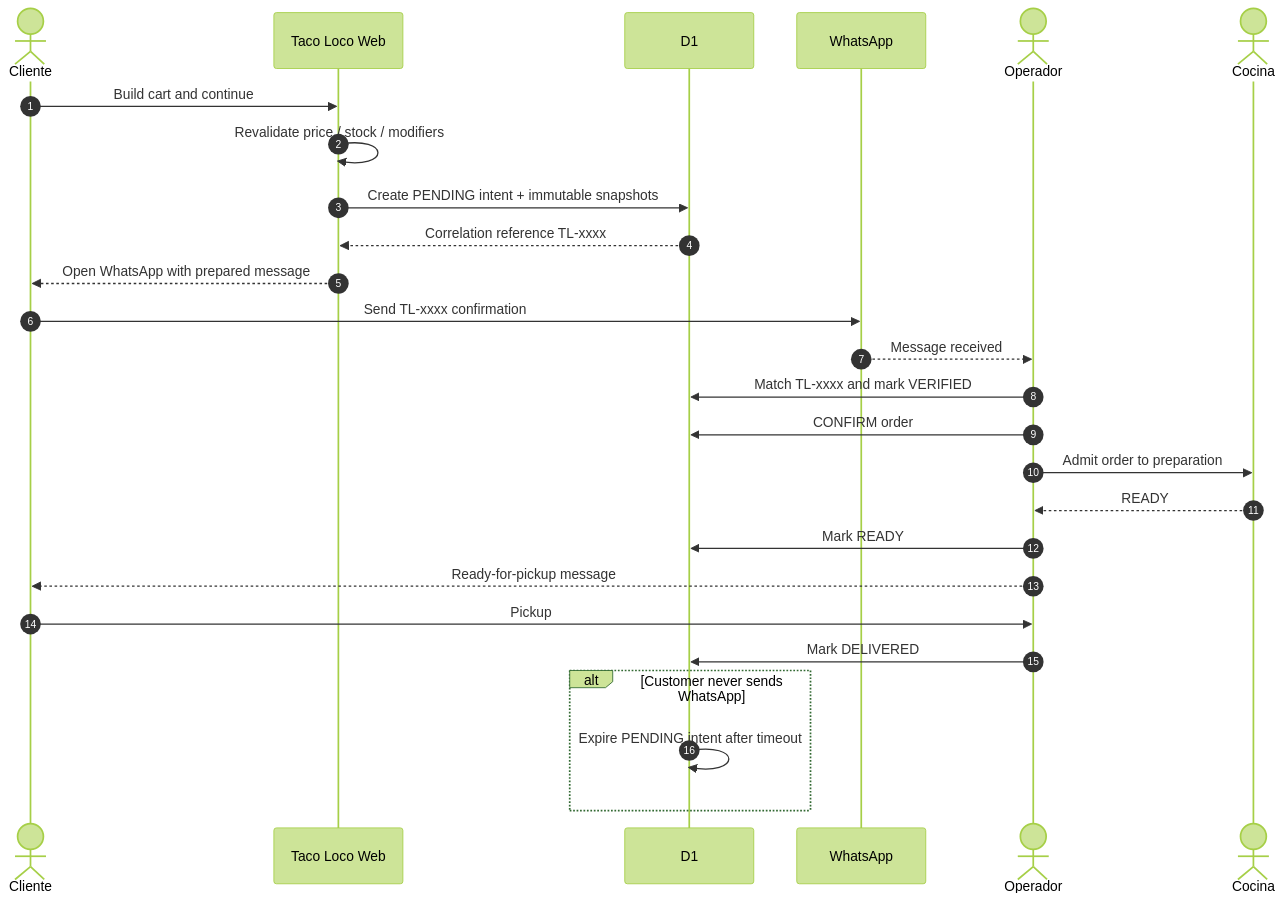
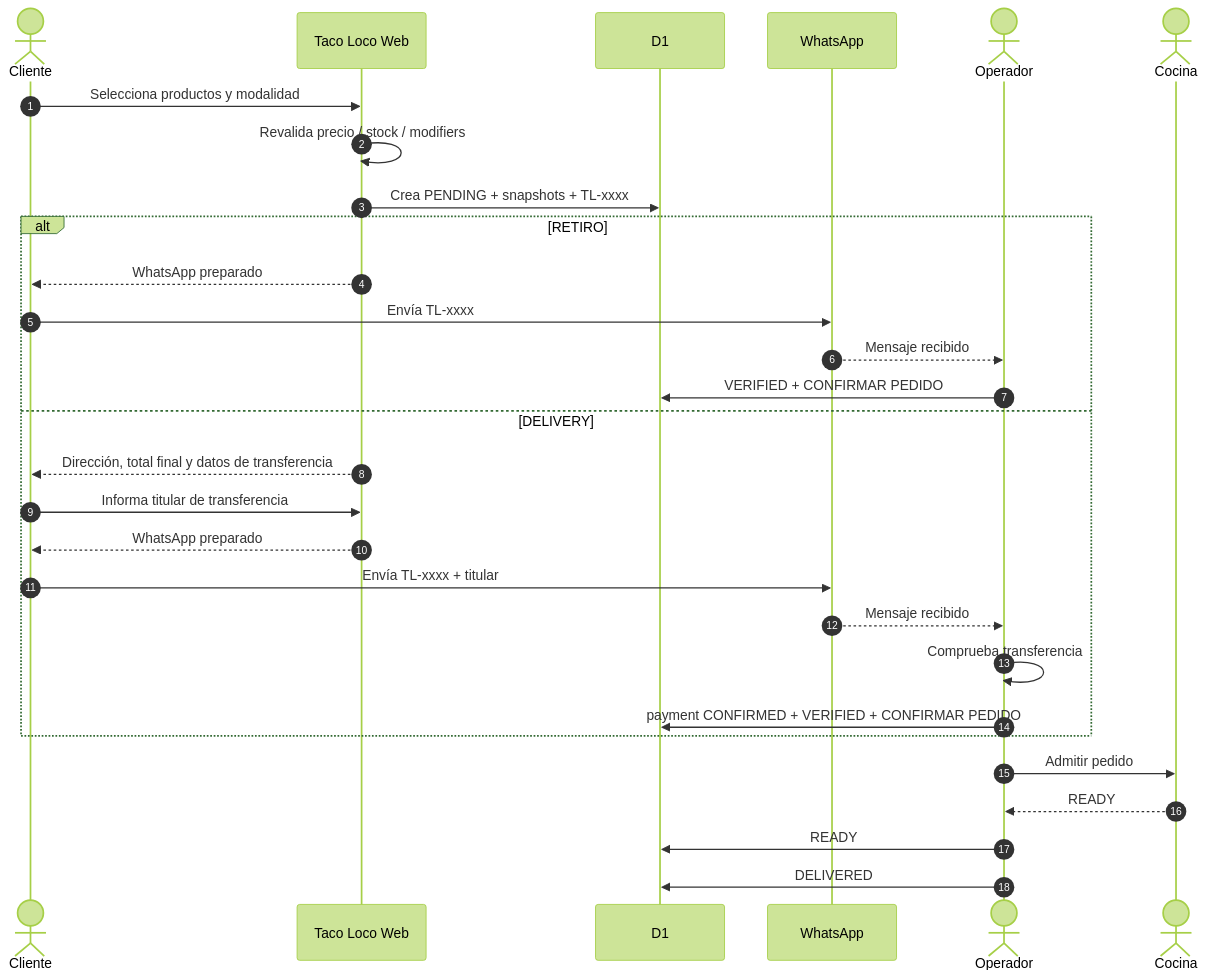
Before and after one commit to sjo1848/taco-loco: the third of 11 diagrams in docs/product/TL-HIGH-LEVEL-WORKFLOWS.md, drawn with Mermaid (forest theme). The commit also changed other lines of this file, not shown here.

Commit message:
docs: close Taco Loco order-flow HLD human review

````diff
--- a/docs/product/TL-HIGH-LEVEL-WORKFLOWS.md
+++ b/docs/product/TL-HIGH-LEVEL-WORKFLOWS.md
@@ -150,30 +143,34 @@
 ```mermaid
 sequenceDiagram
     autonumber
     actor Customer as Cliente
     participant Web as Taco Loco Web
     participant DB as D1
     participant WA as WhatsApp
     actor Operator as Operador
     actor Kitchen as Cocina
 
-    Customer->>Web: Build cart and continue
-    Web->>Web: Revalidate price / stock / modifiers
-    Web->>DB: Create PENDING intent + immutable snapshots
-    DB-->>Web: Correlation reference TL-xxxx
-    Web-->>Customer: Open WhatsApp with prepared message
-    Customer->>WA: Send TL-xxxx confirmation
-    WA-->>Operator: Message received
-    Operator->>DB: Match TL-xxxx and mark VERIFIED
-    Operator->>DB: CONFIRM order
-    Operator->>Kitchen: Admit order to preparation
+    Customer->>Web: Selecciona productos y modalidad
+    Web->>Web: Revalida precio / stock / modifiers
+    Web->>DB: Crea PENDING + snapshots + TL-xxxx
+
+    alt RETIRO
+        Web-->>Customer: WhatsApp preparado
+        Customer->>WA: Envía TL-xxxx
+        WA-->>Operator: Mensaje recibido
+        Operator->>DB: VERIFIED + CONFIRMAR PEDIDO
+    else DELIVERY
+        Web-->>Customer: Dirección, total final y datos de transferencia
+        Customer->>Web: Informa titular de transferencia
+        Web-->>Customer: WhatsApp preparado
+        Customer->>WA: Envía TL-xxxx + titular
+        WA-->>Operator: Mensaje recibido
+        Operator->>Operator: Comprueba transferencia
+        Operator->>DB: payment CONFIRMED + VERIFIED + CONFIRMAR PEDIDO
+    end
+
+    Operator->>Kitchen: Admitir pedido
     Kitchen-->>Operator: READY
-    Operator->>DB: Mark READY
-    Operator-->>Customer: Ready-for-pickup message
-    Customer->>Operator: Pickup
-    Operator->>DB: Mark DELIVERED
-
-    alt Customer never sends WhatsApp
-        DB->>DB: Expire PENDING intent after timeout
-    end
+    Operator->>DB: READY
+    Operator->>DB: DELIVERED
 ```
````
